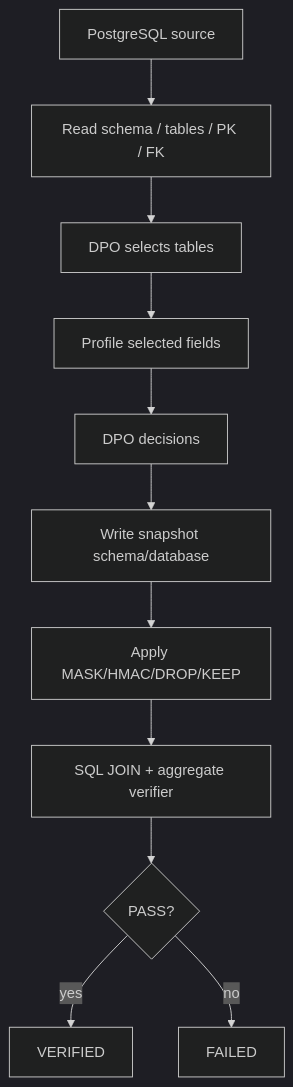
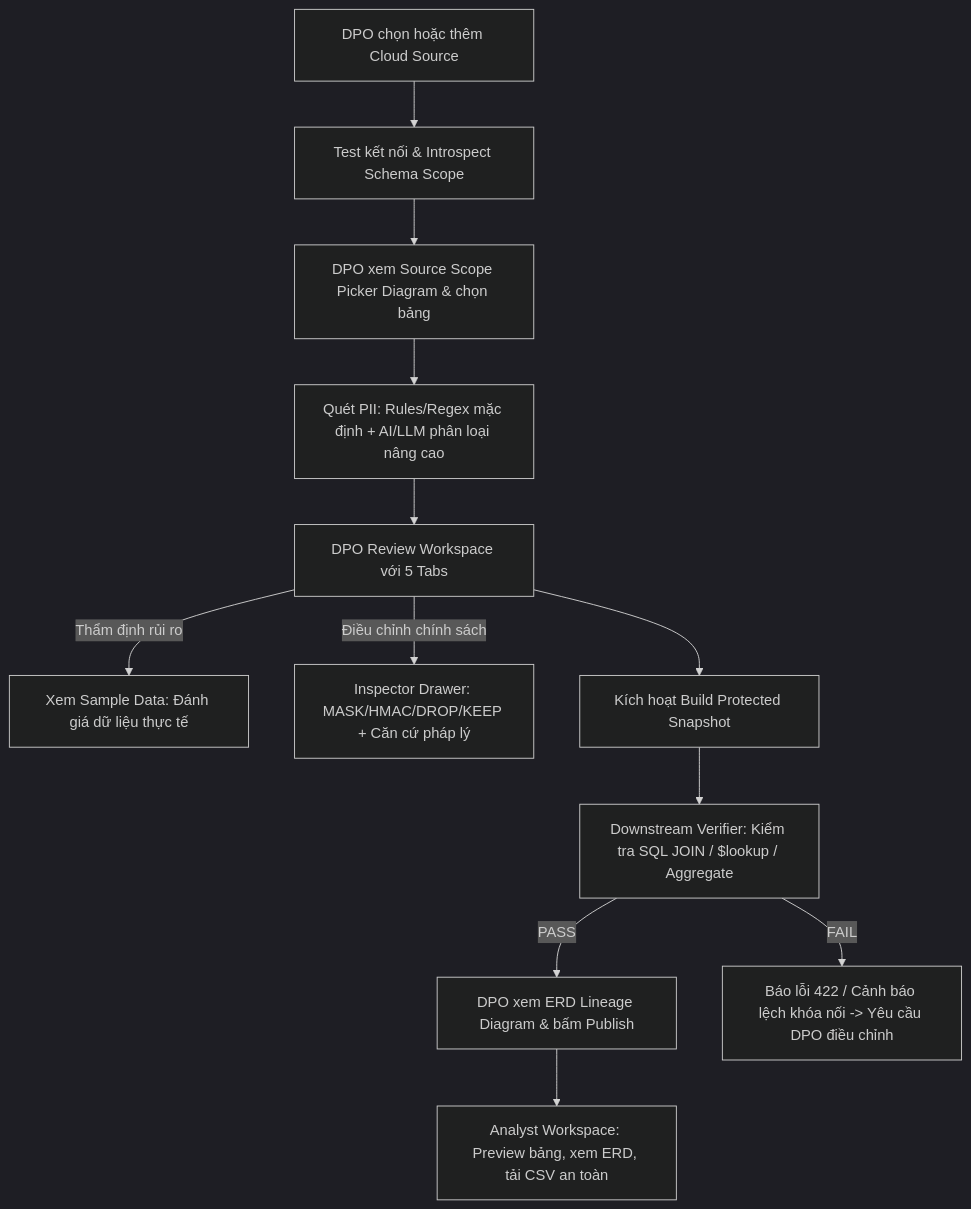
The first of 2 diagrams in docs/core/SYSTEM_ARCHITECTURE.md (tlong1610/PII_Masking), drawn with Mermaid (dark theme) before and after one commit. The commit also changed other lines of this file and 38 other files, not shown here.

````diff
--- a/docs/core/SYSTEM_ARCHITECTURE.md
+++ b/docs/core/SYSTEM_ARCHITECTURE.md
@@ -122,13 +48,14 @@
 ```mermaid
 flowchart TD
-    A[PostgreSQL source] --> B[Read schema / tables / PK / FK]
-    B --> C[DPO selects tables]
-    C --> D[Profile selected fields]
-    D --> E[DPO decisions]
-    E --> F[Write snapshot schema/database]
-    F --> G[Apply MASK/HMAC/DROP/KEEP]
-    G --> H[SQL JOIN + aggregate verifier]
-    H --> I{PASS?}
-    I -->|yes| J[VERIFIED]
-    I -->|no| K[FAILED]
+    A[DPO chọn hoặc thêm Cloud Source] --> B[Test kết nối & Introspect Schema Scope]
+    B --> C[DPO xem Source Scope Picker Diagram & chọn bảng]
+    C --> D[Quét PII: Rules/Regex mặc định + AI/LLM phân loại nâng cao]
+    D --> E[DPO Review Workspace với 5 Tabs]
+    E -->|Thẩm định rủi ro| E1[Xem Sample Data: Đánh giá dữ liệu thực tế]
+    E -->|Điều chỉnh chính sách| E2[Inspector Drawer: MASK/HMAC/DROP/KEEP + Căn cứ pháp lý]
+    E --> F[Kích hoạt Build Protected Snapshot]
+    F --> G[Downstream Verifier: Kiểm tra SQL JOIN / $lookup / Aggregate]
+    G -->|PASS| H[DPO xem ERD Lineage Diagram & bấm Publish]
+    G -->|FAIL| I[Báo lỗi 422 / Cảnh báo lệch khóa nối -> Yêu cầu DPO điều chỉnh]
+    H --> J[Analyst Workspace: Preview bảng, xem ERD, tải CSV an toàn]
 ```
````
